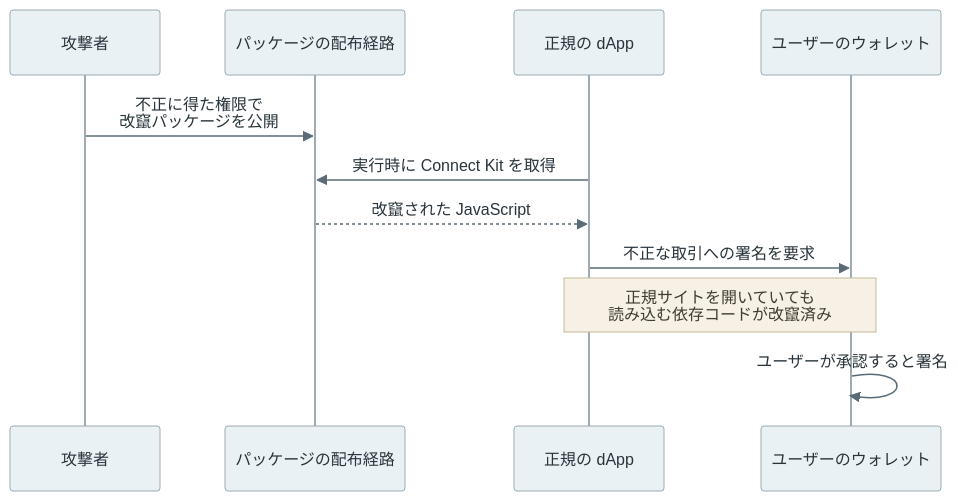
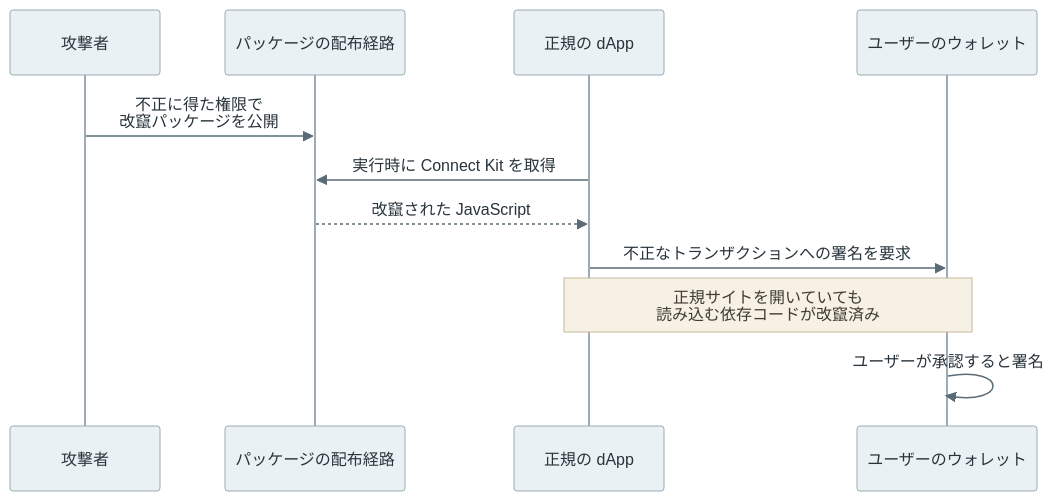
Diagram 12 of 14 in content/notes/blockchain-systems/wallet/index.md (nao1215/debimate), drawn with Mermaid before and after one commit. The commit also changed other lines of this file and 4 other files, not shown here.

````diff
--- a/content/notes/blockchain-systems/wallet/index.md
+++ b/content/notes/blockchain-systems/wallet/index.md
@@ -604,14 +604,14 @@
 ```mermaid
 %%{init: {"theme":"base","themeVariables":{"primaryColor":"#eaf1f5","primaryTextColor":"#28343b","primaryBorderColor":"#9cabb5","lineColor":"#596b76","textColor":"#28343b","actorBkg":"#eaf1f5","actorBorder":"#9cabb5","actorTextColor":"#28343b","actorLineColor":"#9cabb5","signalColor":"#596b76","signalTextColor":"#28343b","noteBkgColor":"#f7f1e5","noteBorderColor":"#c5b99b","noteTextColor":"#403c32","activationBkgColor":"#edf3ef","activationBorderColor":"#9aafa1"}}}%%
 sequenceDiagram
     participant A as 攻撃者
     participant P as パッケージの配布経路
     participant D as 正規の dApp
     participant W as ユーザーのウォレット
     A->>P: 不正に得た権限で<br/>改竄パッケージを公開
     D->>P: 実行時に Connect Kit を取得
     P-->>D: 改竄された JavaScript
-    D->>W: 不正な取引への署名を要求
+    D->>W: 不正なトランザクションへの署名を要求
     Note over D,W: 正規サイトを開いていても<br/>読み込む依存コードが改竄済み
     W->>W: ユーザーが承認すると署名
 ```
````
